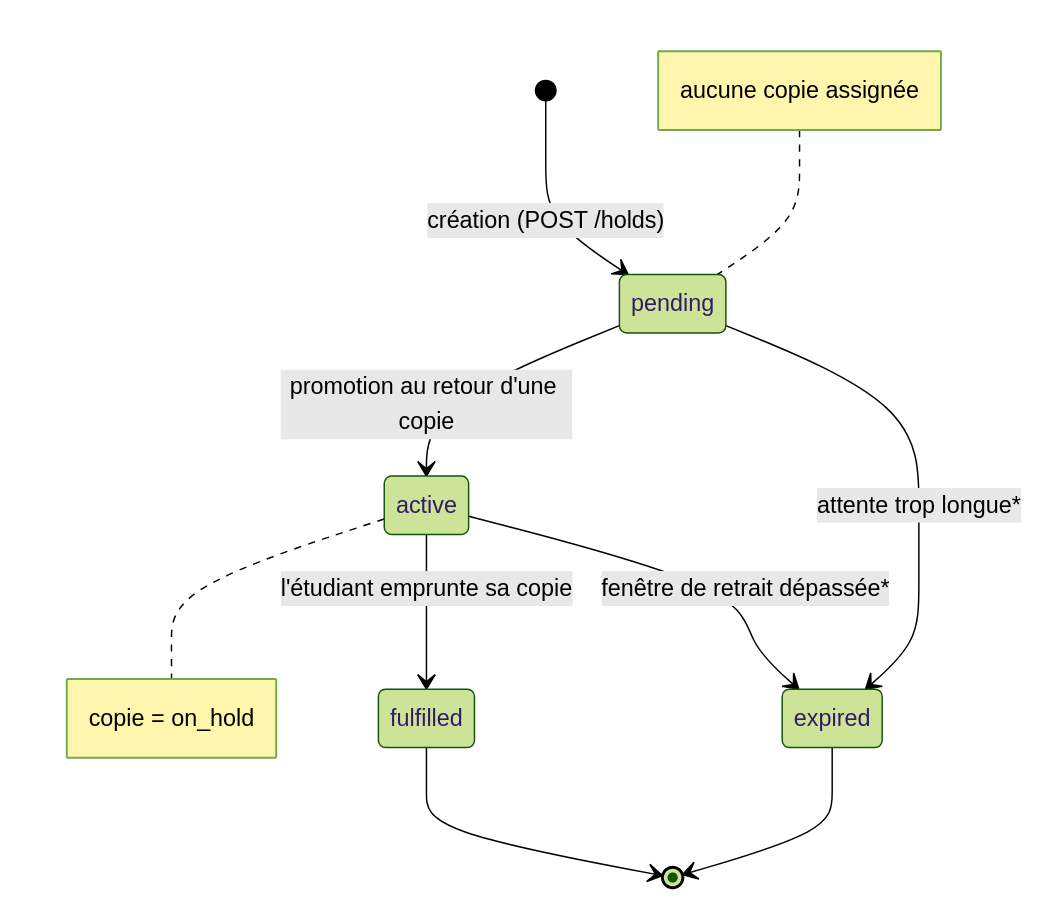
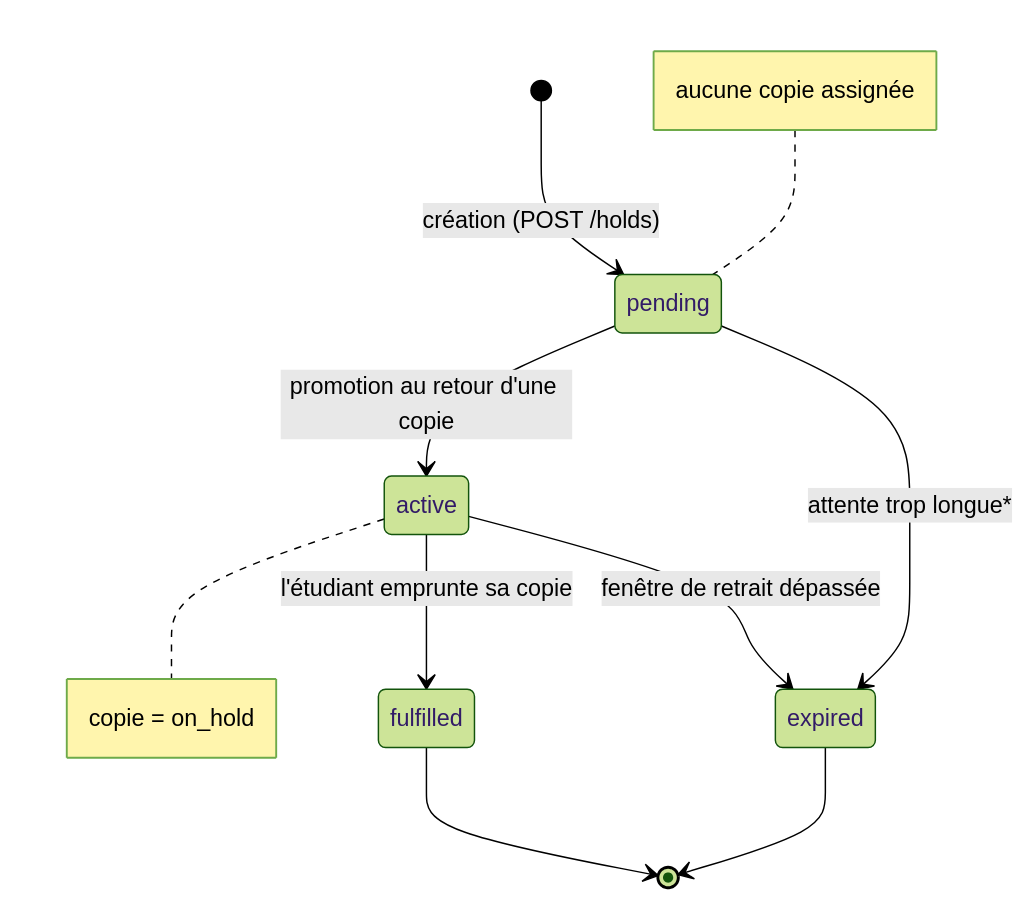
The first of 2 diagrams in docs/business-rules/REGLES-METIER-EMPRUNTS-RESERVATIONS.md (SwannJulien/Booksnap), drawn with Mermaid (forest theme) before and after one commit. The commit also changed other lines of this file and 11 other files, not shown here.

````diff
--- a/docs/business-rules/REGLES-METIER-EMPRUNTS-RESERVATIONS.md
+++ b/docs/business-rules/REGLES-METIER-EMPRUNTS-RESERVATIONS.md
@@ -190,17 +195,17 @@
 ```mermaid
 stateDiagram-v2
     [*] --> pending: création (POST /holds)
     pending --> active: promotion au retour d'une copie
     active --> fulfilled: l'étudiant emprunte sa copie
-    active --> expired: fenêtre de retrait dépassée*
+    active --> expired: fenêtre de retrait dépassée
     pending --> expired: attente trop longue*
     fulfilled --> [*]
     expired --> [*]
 
     note right of active
         copie = on_hold
     end note
     note left of pending
         aucune copie assignée
     end note
 ```
````
